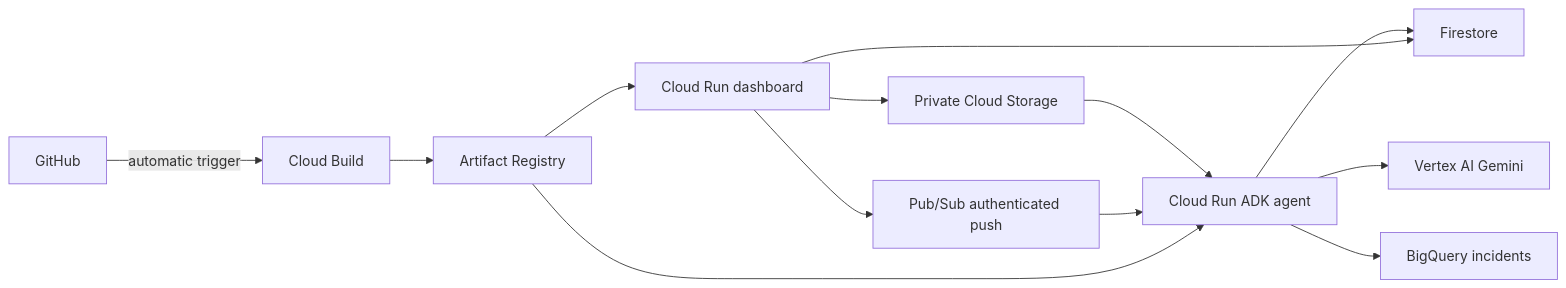
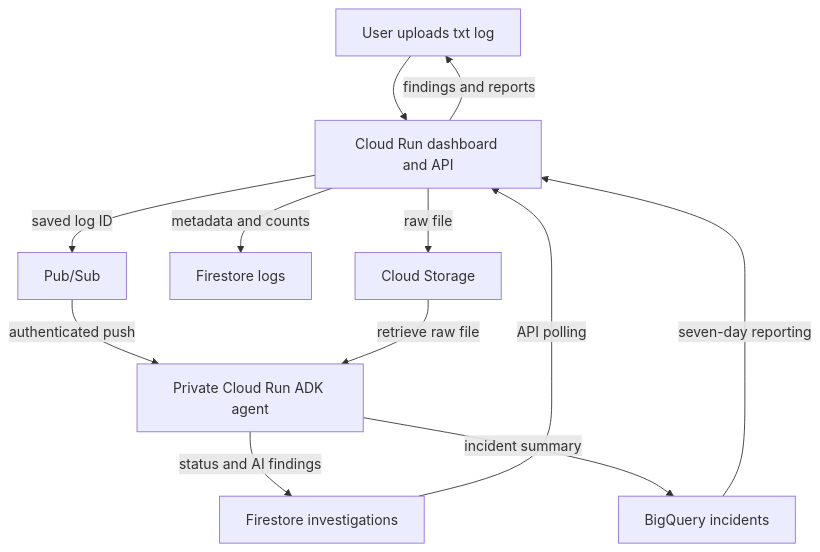
Before and after one commit to zeinhaidara/gcp-ai-log-analyzer: the second of 4 diagrams in README.md, drawn with Mermaid. The commit also changed other lines of this file and 1 other file, not shown here.

````diff
--- a/README.md
+++ b/README.md
@@ -5,15 +20,14 @@
 ```mermaid
-flowchart LR
-  GitHub -->|automatic trigger| Build[Cloud Build]
-  Build --> Registry[Artifact Registry]
-  Registry --> Dashboard[Cloud Run dashboard]
-  Registry --> Agent[Cloud Run ADK agent]
-  Dashboard --> Storage[Private Cloud Storage]
-  Dashboard --> DB[Firestore]
-  Dashboard --> Topic[Pub/Sub authenticated push]
-  Topic --> Agent
-  Storage --> Agent
-  Agent --> Gemini[Vertex AI Gemini]
-  Agent --> DB
-  Agent --> BQ[BigQuery incidents]
+flowchart TB
+  User[User uploads txt log] --> Dashboard[Cloud Run dashboard and API]
+  Dashboard -->|raw file| Storage[Cloud Storage]
+  Dashboard -->|metadata and counts| Logs[Firestore logs]
+  Dashboard -->|saved log ID| Topic[Pub/Sub]
+  Topic -->|authenticated push| Agent[Private Cloud Run ADK agent]
+  Storage -->|retrieve raw file| Agent
+  Agent -->|status and AI findings| Findings[Firestore investigations]
+  Findings -->|API polling| Dashboard
+  Agent -->|incident summary| BQ[BigQuery incidents]
+  BQ -->|seven-day reporting| Dashboard
+  Dashboard -->|findings and reports| User
 ```
````
